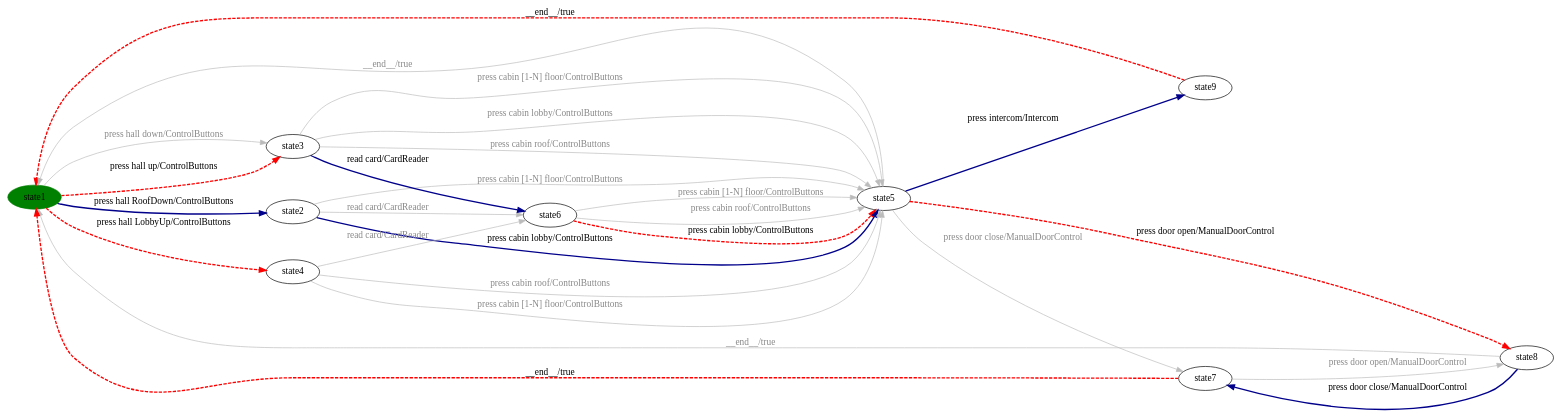
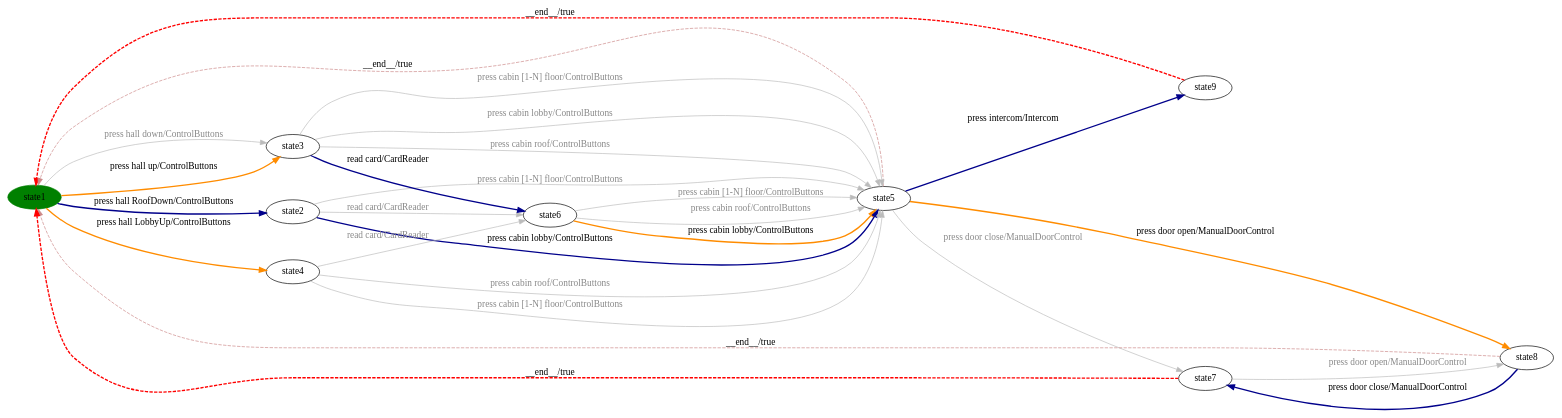
Before and after one commit to dilekozturk93/vibes: the diagram in milestone-reports/per-product-all-states/Elevator/Elevator-product6-walk.dot, drawn with Graphviz. The commit also changed 152 other files, not shown here.

```diff
--- a/milestone-reports/per-product-all-states/Elevator/Elevator-product6-walk.dot
+++ b/milestone-reports/per-product-all-states/Elevator/Elevator-product6-walk.dot
@@ -1,38 +1,38 @@
 digraph G {
 rankdir=LR;
 state0[ label = "state1", style=filled, color=green ];
 state1 [ label = "state9" ];
 state2 [ label = "state6" ];
 state3 [ label = "state5" ];
 state4 [ label = "state8" ];
 state5 [ label = "state7" ];
 state6 [ label = "state2" ];
 state7 [ label = "state4" ];
 state8 [ label = "state3" ];
 state0 -> state6 [ label=" press hall RoofDown/ControlButtons ", style=bold, color=darkblue, penwidth=2 ];
 state3 -> state1 [ label=" press intercom/Intercom ", style=bold, color=darkblue, penwidth=2 ];
 state7 -> state3 [ label=" press cabin roof/ControlButtons ", color="#bbbbbb", fontcolor="#888888" ];
 state7 -> state3 [ label=" press cabin [1-N] floor/ControlButtons ", color="#bbbbbb", fontcolor="#888888" ];
-state3 -> state4 [ label=" press door open/ManualDoorControl ", style=dashed, color=red, penwidth=2 ];
+state3 -> state4 [ label=" press door open/ManualDoorControl ", style=bold, color=darkorange, penwidth=2 ];
 state7 -> state2 [ label=" read card/CardReader ", color="#bbbbbb", fontcolor="#888888" ];
 state3 -> state5 [ label=" press door close/ManualDoorControl ", color="#bbbbbb", fontcolor="#888888" ];
 state5 -> state0 [ label=" __end__/true ", style=dashed, color=red, penwidth=2 ];
 state6 -> state3 [ label=" press cabin lobby/ControlButtons ", style=bold, color=darkblue, penwidth=2 ];
 state8 -> state3 [ label=" press cabin [1-N] floor/ControlButtons ", color="#bbbbbb", fontcolor="#888888" ];
-state2 -> state3 [ label=" press cabin lobby/ControlButtons ", style=dashed, color=red, penwidth=2 ];
+state2 -> state3 [ label=" press cabin lobby/ControlButtons ", style=bold, color=darkorange, penwidth=2 ];
 state2 -> state3 [ label=" press cabin [1-N] floor/ControlButtons ", color="#bbbbbb", fontcolor="#888888" ];
 state1 -> state0 [ label=" __end__/true ", style=dashed, color=red, penwidth=2 ];
-state0 -> state8 [ label=" press hall up/ControlButtons ", style=dashed, color=red, penwidth=2 ];
+state0 -> state8 [ label=" press hall up/ControlButtons ", style=bold, color=darkorange, penwidth=2 ];
 state4 -> state5 [ label=" press door close/ManualDoorControl ", style=bold, color=darkblue, penwidth=2 ];
 state8 -> state2 [ label=" read card/CardReader ", style=bold, color=darkblue, penwidth=2 ];
 state6 -> state3 [ label=" press cabin [1-N] floor/ControlButtons ", color="#bbbbbb", fontcolor="#888888" ];
 state2 -> state3 [ label=" press cabin roof/ControlButtons ", color="#bbbbbb", fontcolor="#888888" ];
-state4 -> state0 [ label=" __end__/true ", color="#bbbbbb", fontcolor="#888888" ];
+state4 -> state0 [ label=" __end__/true ", style=dashed, color="#cc8888" ];
 state8 -> state3 [ label=" press cabin lobby/ControlButtons ", color="#bbbbbb", fontcolor="#888888" ];
 state8 -> state3 [ label=" press cabin roof/ControlButtons ", color="#bbbbbb", fontcolor="#888888" ];
 state5 -> state4 [ label=" press door open/ManualDoorControl ", color="#bbbbbb", fontcolor="#888888" ];
 state6 -> state2 [ label=" read card/CardReader ", color="#bbbbbb", fontcolor="#888888" ];
 state0 -> state8 [ label=" press hall down/ControlButtons ", color="#bbbbbb", fontcolor="#888888" ];
-state0 -> state7 [ label=" press hall LobbyUp/ControlButtons ", style=dashed, color=red, penwidth=2 ];
-state3 -> state0 [ label=" __end__/true ", color="#bbbbbb", fontcolor="#888888" ];
+state0 -> state7 [ label=" press hall LobbyUp/ControlButtons ", style=bold, color=darkorange, penwidth=2 ];
+state3 -> state0 [ label=" __end__/true ", style=dashed, color="#cc8888" ];
 }
```
